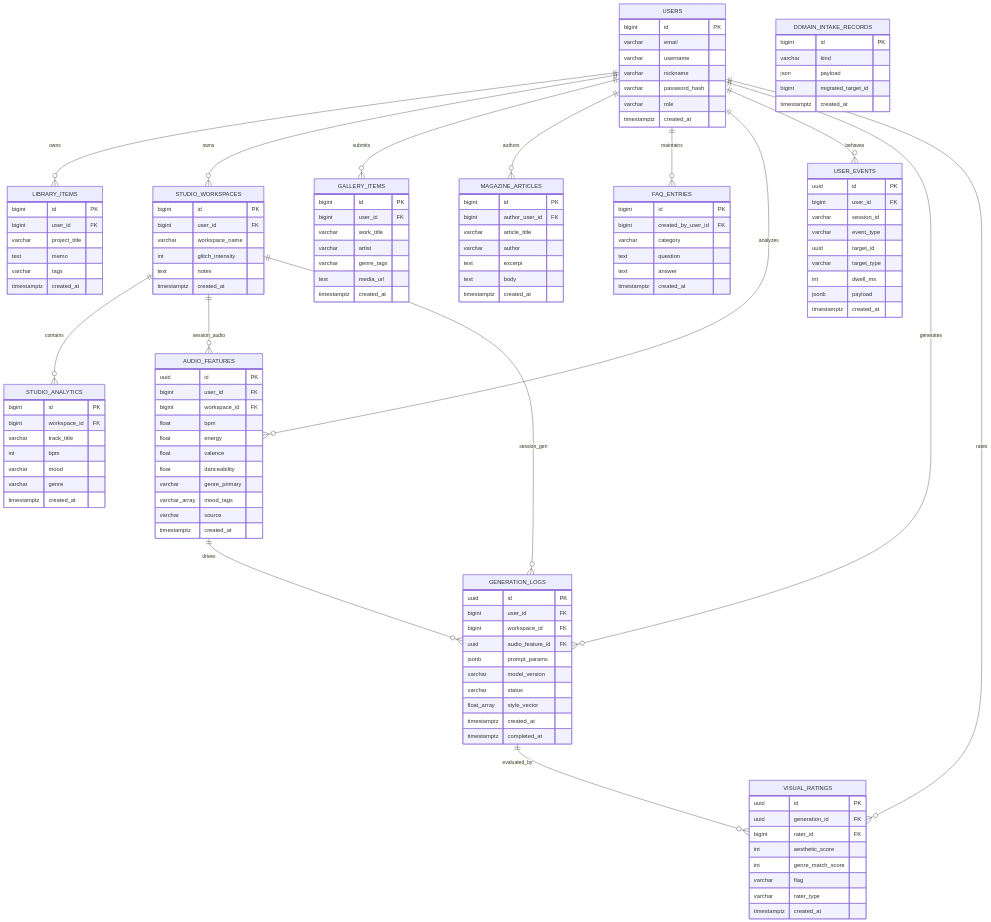
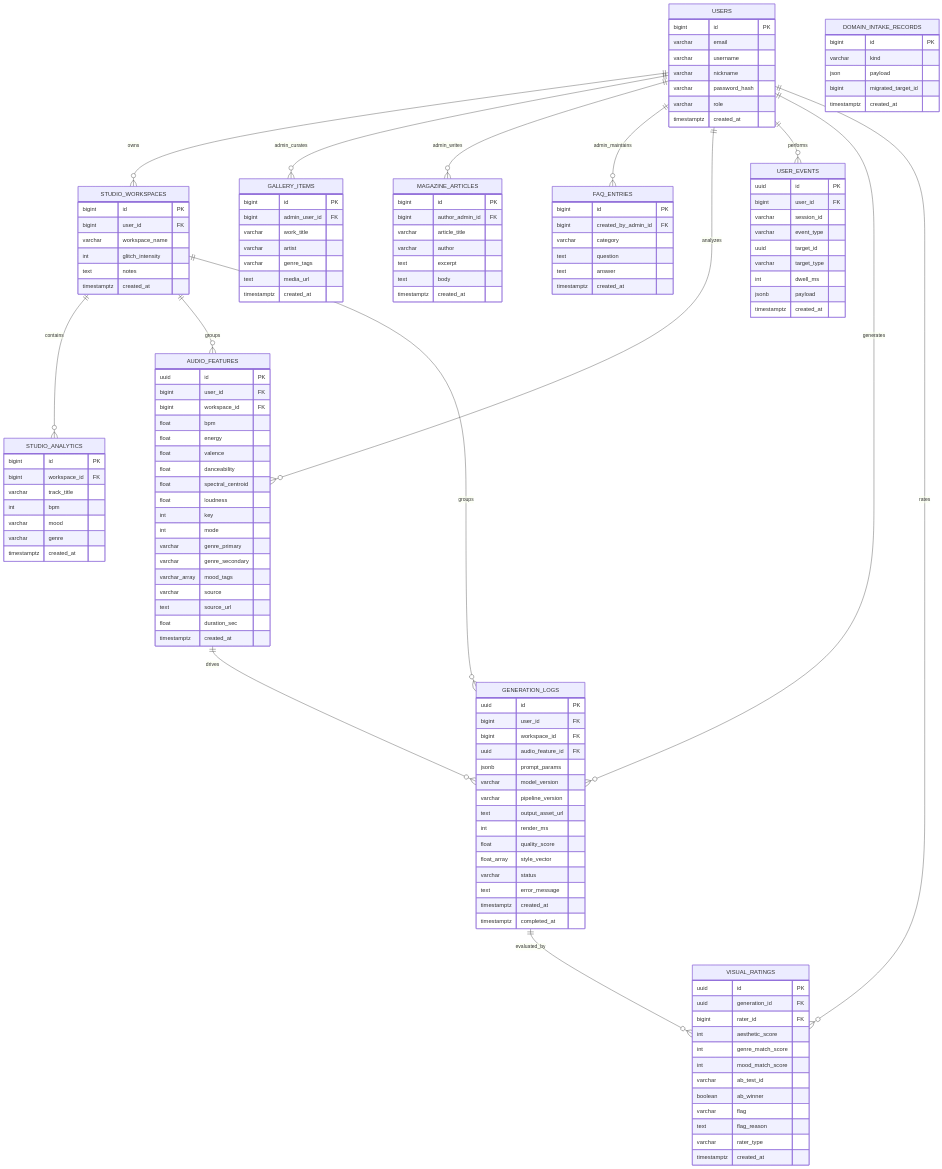
Before and after one commit to amyshindev/com.ragwatson.docs: the diagram in DevOps/Backend/DOMAIN_APPS_ERD.md, drawn with Mermaid. The commit also changed other lines of this file and 1 other file, not shown here.

````diff
--- a/DevOps/Backend/DOMAIN_APPS_ERD.md
+++ b/DevOps/Backend/DOMAIN_APPS_ERD.md
@@ -38,17 +76,16 @@
 ```mermaid
 erDiagram
-    USERS ||--o{ LIBRARY_ITEMS : owns
     USERS ||--o{ STUDIO_WORKSPACES : owns
     STUDIO_WORKSPACES ||--o{ STUDIO_ANALYTICS : contains
-    USERS ||--o{ GALLERY_ITEMS : submits
-    USERS ||--o{ MAGAZINE_ARTICLES : authors
-    USERS ||--o{ FAQ_ENTRIES : maintains
+    USERS ||--o{ GALLERY_ITEMS : admin_curates
+    USERS ||--o{ MAGAZINE_ARTICLES : admin_writes
+    USERS ||--o{ FAQ_ENTRIES : admin_maintains
     USERS ||--o{ AUDIO_FEATURES : analyzes
-    USERS ||--o{ USER_EVENTS : behaves
+    USERS ||--o{ USER_EVENTS : performs
     USERS ||--o{ GENERATION_LOGS : generates
     USERS ||--o{ VISUAL_RATINGS : rates
-    STUDIO_WORKSPACES ||--o{ AUDIO_FEATURES : session_audio
-    STUDIO_WORKSPACES ||--o{ GENERATION_LOGS : session_gen
+    STUDIO_WORKSPACES ||--o{ AUDIO_FEATURES : groups
+    STUDIO_WORKSPACES ||--o{ GENERATION_LOGS : groups
     AUDIO_FEATURES ||--o{ GENERATION_LOGS : drives
     GENERATION_LOGS ||--o{ VISUAL_RATINGS : evaluated_by
 
@@ -67,15 +104,6 @@
         varchar kind
         json payload
         bigint migrated_target_id
-        timestamptz created_at
-    }
-
-    LIBRARY_ITEMS {
-        bigint id PK
-        bigint user_id FK
-        varchar project_title
-        text memo
-        varchar tags
         timestamptz created_at
     }
 
@@ -100,7 +128,7 @@
 
     GALLERY_ITEMS {
         bigint id PK
-        bigint user_id FK
+        bigint admin_user_id FK
         varchar work_title
         varchar artist
         varchar genre_tags
@@ -110,7 +138,7 @@
 
     MAGAZINE_ARTICLES {
         bigint id PK
-        bigint author_user_id FK
+        bigint author_admin_id FK
         varchar article_title
         varchar author
         text excerpt
@@ -120,7 +148,7 @@
 
     FAQ_ENTRIES {
         bigint id PK
-        bigint created_by_user_id FK
+        bigint created_by_admin_id FK
         varchar category
         text question
         text answer
@@ -135,9 +163,16 @@
         float energy
         float valence
         float danceability
+        float spectral_centroid
+        float loudness
+        int key
+        int mode
         varchar genre_primary
+        varchar genre_secondary
         varchar_array mood_tags
         varchar source
+        text source_url
+        float duration_sec
         timestamptz created_at
     }
 
@@ -160,8 +195,13 @@
         uuid audio_feature_id FK
         jsonb prompt_params
         varchar model_version
+        varchar pipeline_version
+        text output_asset_url
+        int render_ms
+        float quality_score
+        float_array style_vector
         varchar status
-        float_array style_vector
+        text error_message
         timestamptz created_at
         timestamptz completed_at
     }
@@ -172,7 +212,11 @@
         bigint rater_id FK
         int aesthetic_score
         int genre_match_score
+        int mood_match_score
+        varchar ab_test_id
+        boolean ab_winner
         varchar flag
+        text flag_reason
         varchar rater_type
         timestamptz created_at
     }
````
